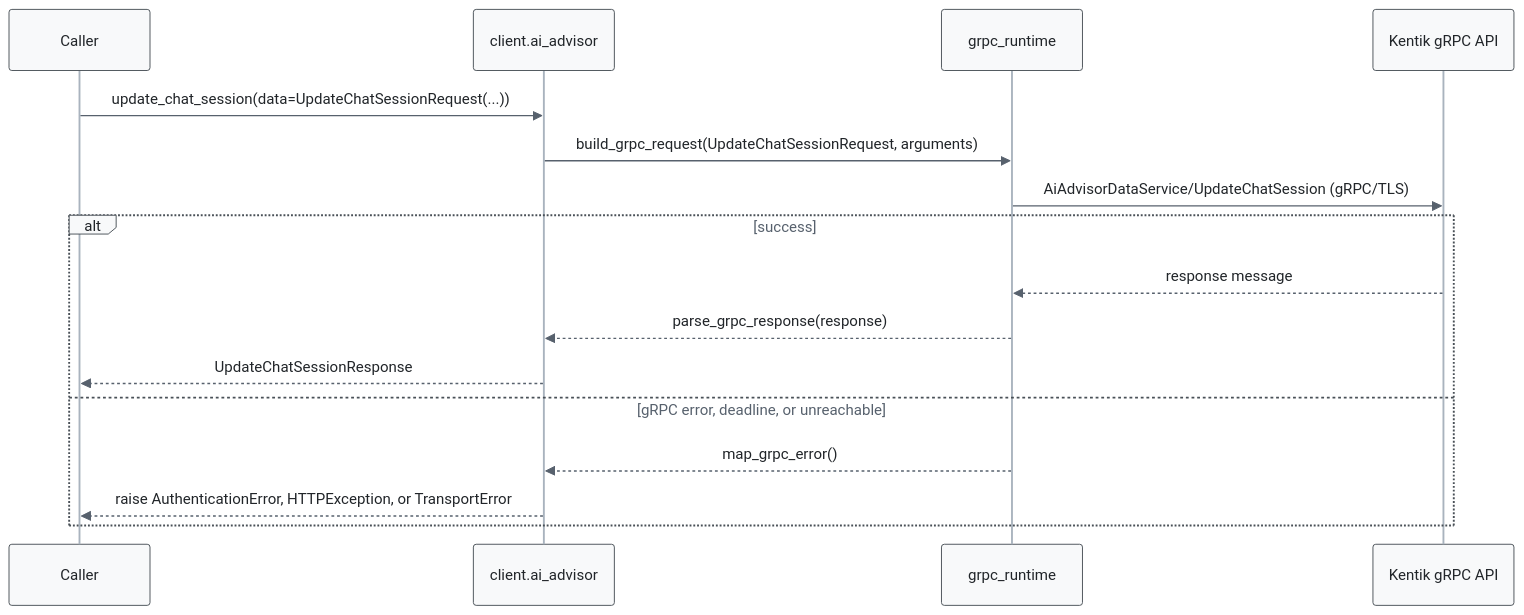
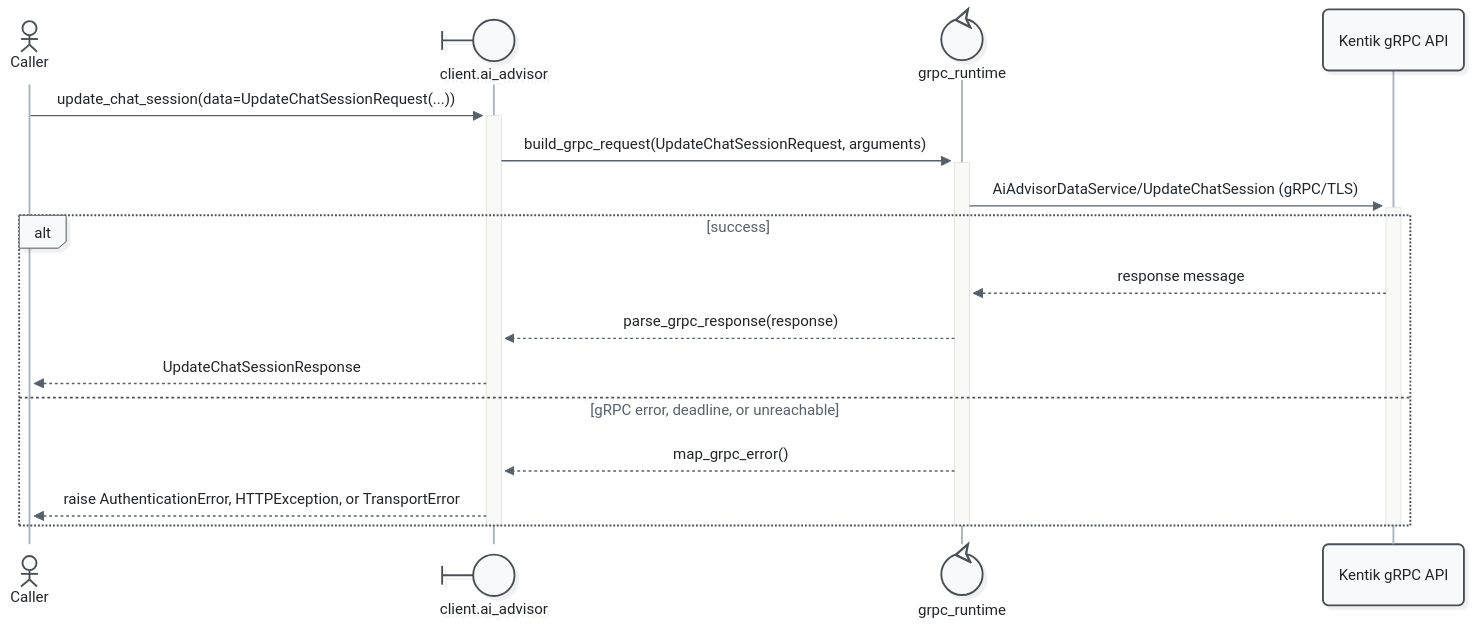
One commit to alexdearaujo/community_sdk_python changed the fourth of 7 diagrams in docs/sphinx/services/ai_advisor.md. Above: the diagram before and after it, drawn with Mermaid. The commit also changed other lines of this file and 52 other files, not shown here.

First line of the commit message:
docs: Mermaid 12 sequence diagrams with participant types and path colors

````diff
--- a/docs/sphinx/services/ai_advisor.md
+++ b/docs/sphinx/services/ai_advisor.md
@@ -134,20 +141,23 @@
 ```mermaid
-%%{init: {"theme": "base", "fontFamily": "ui-monospace, SFMono-Regular, Menlo, monospace", "themeVariables": {"fontFamily": "ui-monospace, SFMono-Regular, Menlo, monospace", "primaryColor": "#f8f9fa", "primaryBorderColor": "#495057", "primaryTextColor": "#212529", "textColor": "#212529", "lineColor": "#77818c", "edgeLabelBackground": "#ffffff", "actorBkg": "#f8f9fa", "actorBorder": "#495057", "actorTextColor": "#212529", "actorLineColor": "#a9b3be", "signalColor": "#57616d", "signalTextColor": "#212529", "labelBoxBkgColor": "#f8f9fa", "labelBoxBorderColor": "#495057", "labelTextColor": "#212529", "loopTextColor": "#57616d", "noteBkgColor": "#fff9db", "noteBorderColor": "#f08c00", "noteTextColor": "#a35a00"}, "flowchart": {"curve": "step", "nodeSpacing": 30, "rankSpacing": 70, "wrappingWidth": 400}}}%%
+%%{init: {"theme": "redux", "look": "neo", "layout": "dagre", "fontFamily": "ui-monospace, SFMono-Regular, Menlo, monospace", "themeVariables": {"fontFamily": "ui-monospace, SFMono-Regular, Menlo, monospace", "primaryColor": "#f8f9fa", "primaryBorderColor": "#495057", "primaryTextColor": "#212529", "textColor": "#212529", "lineColor": "#77818c", "edgeLabelBackground": "#ffffff", "actorBkg": "#f8f9fa", "actorBorder": "#495057", "actorTextColor": "#212529", "actorLineColor": "#a9b3be", "signalColor": "#57616d", "signalTextColor": "#212529", "labelBoxBkgColor": "#f8f9fa", "labelBoxBorderColor": "#495057", "labelTextColor": "#212529", "loopTextColor": "#57616d", "noteBkgColor": "#fff9db", "noteBorderColor": "#f08c00", "noteTextColor": "#a35a00"}, "sequence": {"activationWidth": 16}, "flowchart": {"curve": "step", "nodeSpacing": 30, "rankSpacing": 70, "wrappingWidth": 400}}}%%
 sequenceDiagram
-    participant C as Caller
-    participant W as client.ai_advisor
-    participant R as grpc_runtime
+    actor C as Caller
+    participant W@{ "type": "boundary" } as client.ai_advisor
+    participant R@{ "type": "control" } as grpc_runtime
     participant API as Kentik gRPC API
 
-    C->>W: update_chat_session(data=UpdateChatSessionRequest(...))
-    W->>R: build_grpc_request(UpdateChatSessionRequest, arguments)
-    R->>API: AiAdvisorDataService/UpdateChatSession (gRPC/TLS)
+    C->>+W: update_chat_session(data=UpdateChatSessionRequest(...))
+    W->>+R: build_grpc_request(UpdateChatSessionRequest, arguments)
+    R->>+API: AiAdvisorDataService/UpdateChatSession (gRPC/TLS)
     alt success
         API-->>R: response message
         R-->>W: parse_grpc_response(response)
         W-->>C: UpdateChatSessionResponse
     else gRPC error, deadline, or unreachable
         R-->>W: map_grpc_error()
         W-->>C: raise AuthenticationError, HTTPException, or TransportError
     end
+    deactivate API
+    deactivate R
+    deactivate W
 ```
````
